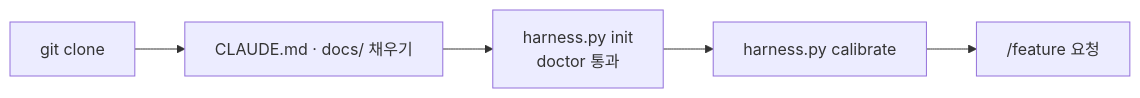
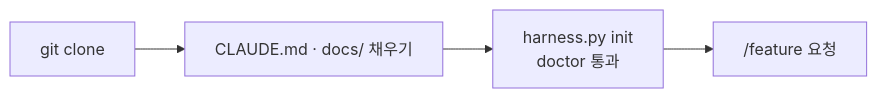
Before and after one commit to hyuham1335-stack/harness-template: the first of 2 diagrams in README.md, drawn with Mermaid. The commit also changed other lines of this file and 23 other files, not shown here.

````diff
--- a/README.md
+++ b/README.md
@@ -59,7 +58,6 @@
 ```mermaid
 flowchart LR
     C["git clone"] --> D["CLAUDE.md · docs/ 채우기"]
     D --> I["harness.py init<br/>doctor 통과"]
-    I --> K["harness.py calibrate"]
-    K --> R["/feature 요청"]
+    I --> R["/feature 요청"]
 ```
````
